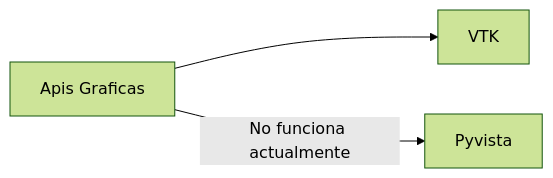
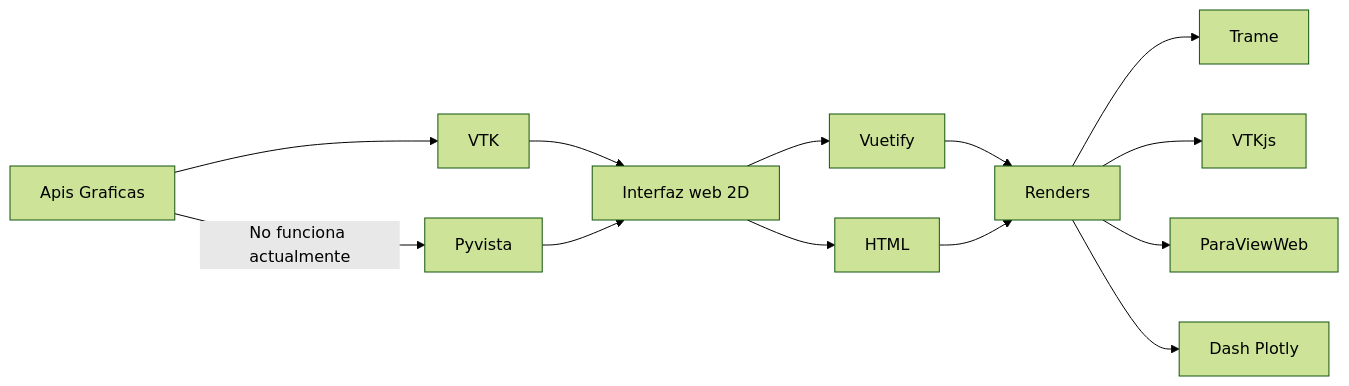
One commit to oscarBarEs/myTFG changed the diagram in stateOftheArt/Readme.md. Above: the diagram before and after it, drawn with Mermaid (forest theme).

Commit message:
diagram soa

````diff
--- a/stateOftheArt/Readme.md
+++ b/stateOftheArt/Readme.md
@@ -1,5 +1,15 @@
 ```mermaid
 graph LR
 A[Apis Graficas] --> B[VTK]
 A -- No funciona actualmente --> C[Pyvista]
+B --> D[Interfaz web 2D]
+C --> D
+D --> E[Vuetify]
+D --> F[HTML]
+E --> G[Renders]
+F --> G
+G --> H[Trame]
+G --> I[VTKjs]
+G --> J[ParaViewWeb]
+G --> K[Dash Plotly]
 ```
````
